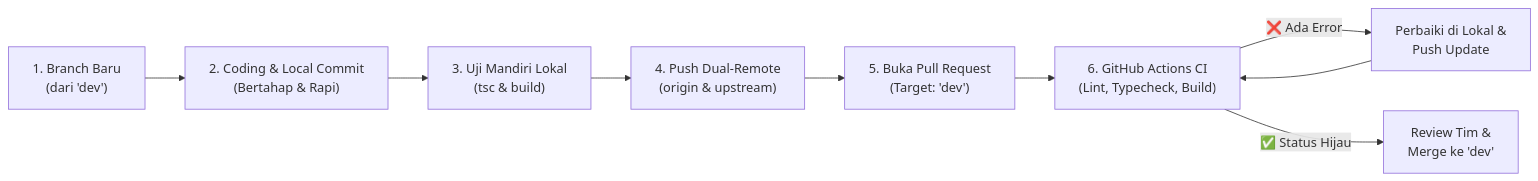
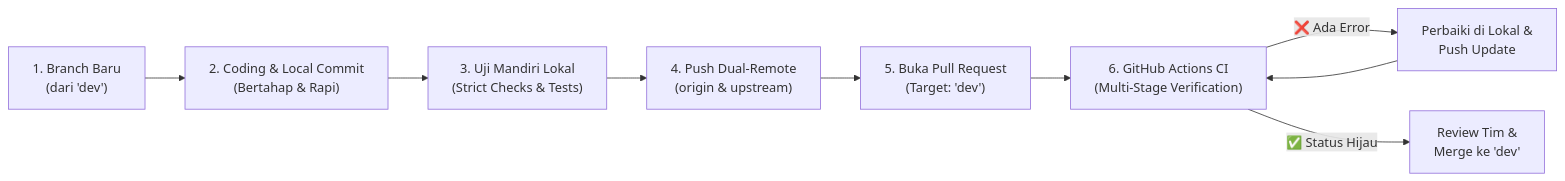
One commit to PMLD-RSA/frontend-mobile-rsa-ugm changed the fourth of 4 diagrams in docs/PRD-MFE.md. Above: the diagram before and after it, drawn with Mermaid. The commit also changed other lines of this file and 2 other files, not shown here.

Commit message:
docs(sync): synchronize README, PRD-Mobile, and PRD-MFE with current tech stack and multi-stage CI

````diff
--- a/docs/PRD-MFE.md
+++ b/docs/PRD-MFE.md
@@ -347,11 +351,11 @@
 ```mermaid
 flowchart LR
     A["1. Branch Baru\n(dari 'dev')"] --> B["2. Coding & Local Commit\n(Bertahap & Rapi)"]
-    B --> C["3. Uji Mandiri Lokal\n(tsc & build)"]
+    B --> C["3. Uji Mandiri Lokal\n(Strict Checks & Tests)"]
     C --> D["4. Push Dual-Remote\n(origin & upstream)"]
     D --> E["5. Buka Pull Request\n(Target: 'dev')"]
-    E --> F["6. GitHub Actions CI\n(Lint, Typecheck, Build)"]
+    E --> F["6. GitHub Actions CI\n(Multi-Stage Verification)"]
     F -- "❌ Ada Error" --> G["Perbaiki di Lokal &\nPush Update"]
     G --> F
     F -- "✅ Status Hijau" --> H["Review Tim &\nMerge ke 'dev'"]
 ```
````
